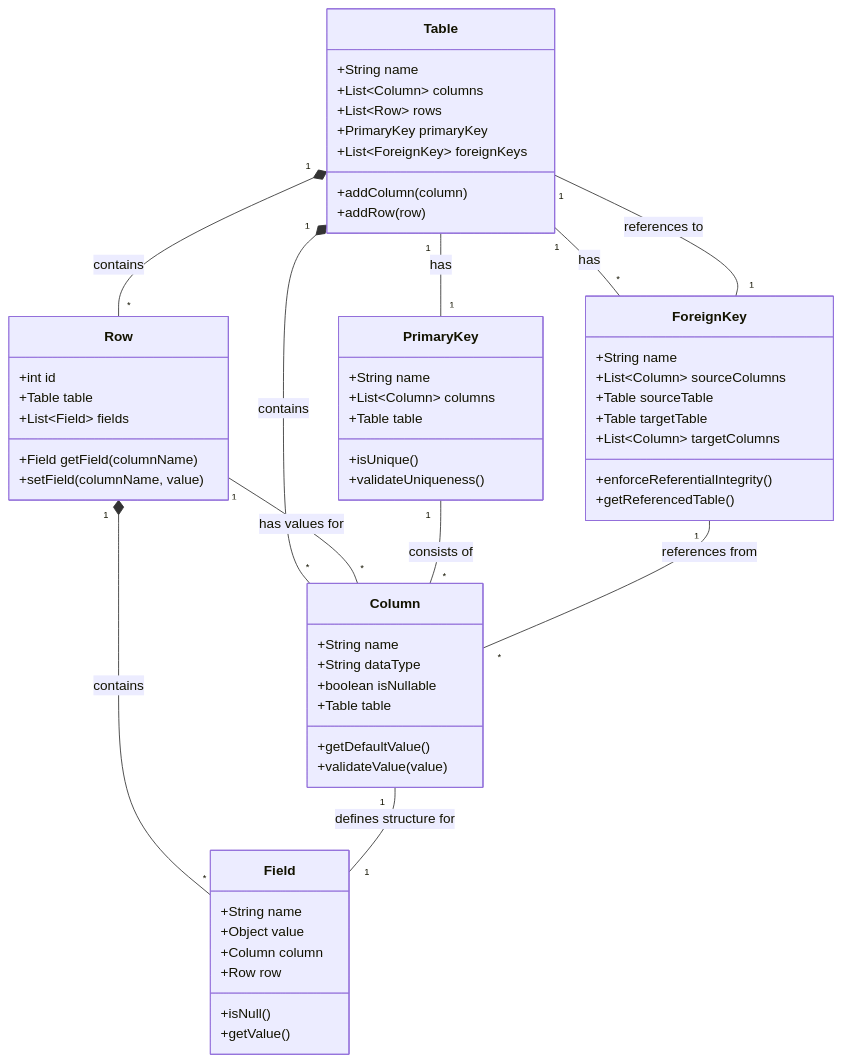
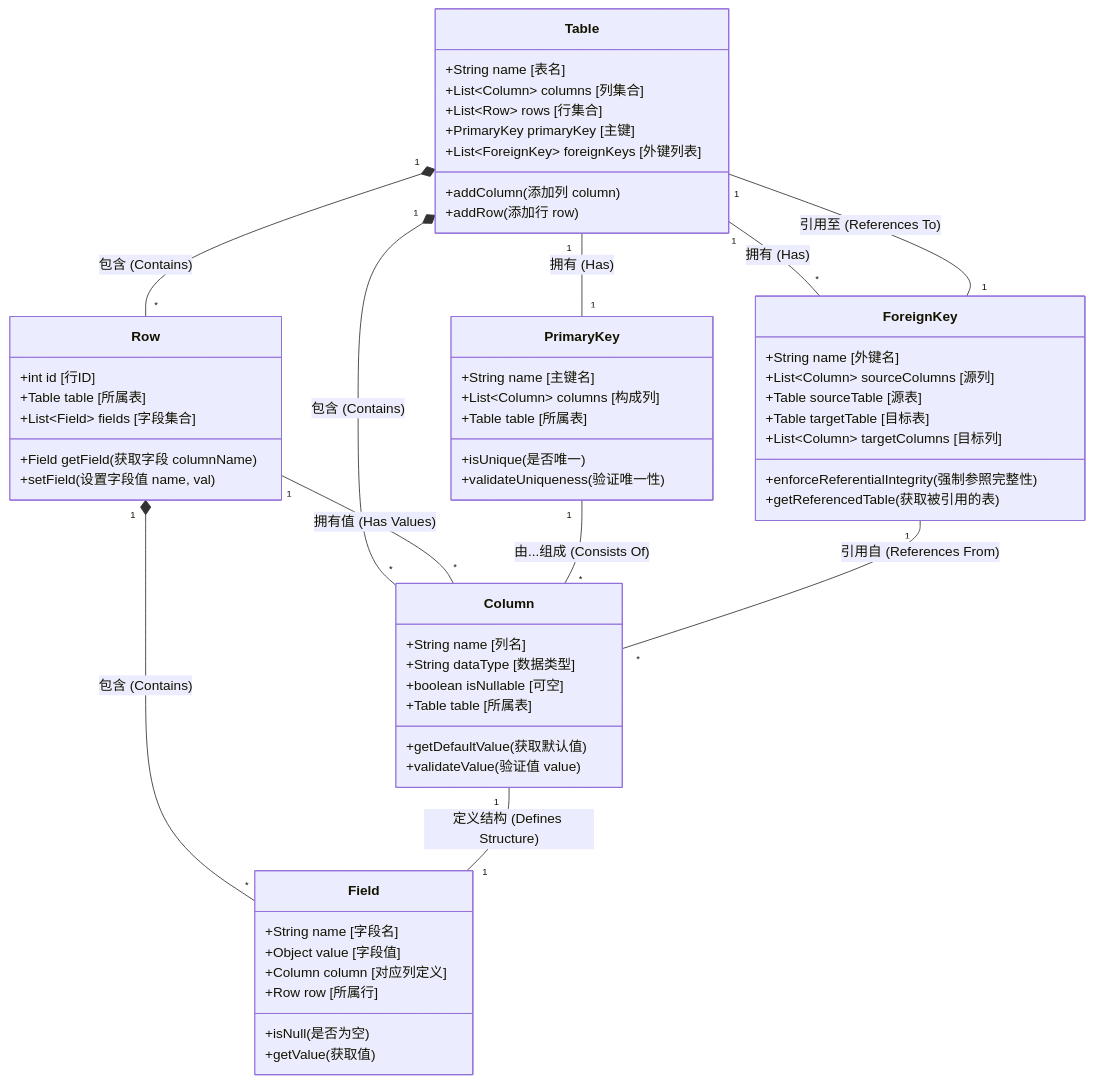
One commit to Wavepoet/hikari_Notes_linux changed the diagram in 数据库/数据库基础.md. Above: the diagram before and after it, drawn with Mermaid. The commit also changed other lines of this file, not shown here.

Commit message:
Sync updates from source repo

````diff
--- a/数据库/数据库基础.md
+++ b/数据库/数据库基础.md
@@ -33,67 +19,68 @@
 ```mermaid
 classDiagram
     class Table {
-        +String name
-        +List~Column~ columns
-        +List~Row~ rows
-        +PrimaryKey primaryKey
-        +List~ForeignKey~ foreignKeys
-        +addColumn(column)
-        +addRow(row)
+        +String name [表名]
+        +List~Column~ columns [列集合]
+        +List~Row~ rows [行集合]
+        +PrimaryKey primaryKey [主键]
+        +List~ForeignKey~ foreignKeys [外键列表]
+        +addColumn(添加列 column)
+        +addRow(添加行 row)
     }
     
     class Row {
-        +int id
-        +Table table
-        +List~Field~ fields
-        +Field getField(columnName)
-        +setField(columnName, value)
+        +int id [行ID]
+        +Table table [所属表]
+        +List~Field~ fields [字段集合]
+        +Field getField(获取字段 columnName)
+        +setField(设置字段值 name, val)
     }
     
     class Column {
-        +String name
-        +String dataType
-        +boolean isNullable
-        +Table table
-        +getDefaultValue()
-        +validateValue(value)
+        +String name [列名]
+        +String dataType [数据类型]
+        +boolean isNullable [可空]
+        +Table table [所属表]
+        +getDefaultValue(获取默认值)
+        +validateValue(验证值 value)
     }
     
     class Field {
-        +String name
-        +Object value
-        +Column column
-        +Row row
-        +isNull()
-        +getValue()
+        +String name [字段名]
+        +Object value [字段值]
+        +Column column [对应列定义]
+        +Row row [所属行]
+        +isNull(是否为空)
+        +getValue(获取值)
     }
     
     class PrimaryKey {
-        +String name
-        +List~Column~ columns
-        +Table table
-        +isUnique()
-        +validateUniqueness()
+        +String name [主键名]
+        +List~Column~ columns [构成列]
+        +Table table [所属表]
+        +isUnique(是否唯一)
+        +validateUniqueness(验证唯一性)
     }
     
     class ForeignKey {
-        +String name
-        +List~Column~ sourceColumns
-        +Table sourceTable
-        +Table targetTable
-        +List~Column~ targetColumns
-        +enforceReferentialIntegrity()
-        +getReferencedTable()
+        +String name [外键名]
+        +List~Column~ sourceColumns [源列]
+        +Table sourceTable [源表]
+        +Table targetTable [目标表]
+        +List~Column~ targetColumns [目标列]
+        +enforceReferentialIntegrity(强制参照完整性)
+        +getReferencedTable(获取被引用的表)
     }
     
-    Table "1" *-- "*" Column : contains
-    Table "1" *-- "*" Row : contains
-    Row "1" *-- "*" Field : contains
-    Column "1" -- "1" Field : defines structure for
-    Row "1" -- "*" Column : has values for
-    Table "1" -- "1" PrimaryKey : has
-    PrimaryKey "1" -- "*" Column : consists of
-    Table "1" -- "*" ForeignKey : has
-    ForeignKey "1" -- "*" Column : references from
-    ForeignKey "1" -- "1" Table : references to
+    %% 下面是带有中文描述的关系连线
+    Table "1" *-- "*" Column : 包含 (Contains)
+    Table "1" *-- "*" Row : 包含 (Contains)
+    Row "1" *-- "*" Field : 包含 (Contains)
+    Column "1" -- "1" Field : 定义结构 (Defines Structure)
+    Row "1" -- "*" Column : 拥有值 (Has Values)
+    Table "1" -- "1" PrimaryKey : 拥有 (Has)
+    PrimaryKey "1" -- "*" Column : 由...组成 (Consists Of)
+    Table "1" -- "*" ForeignKey : 拥有 (Has)
+    ForeignKey "1" -- "*" Column : 引用自 (References From)
+    ForeignKey "1" -- "1" Table : 引用至 (References To)
 ```
````
